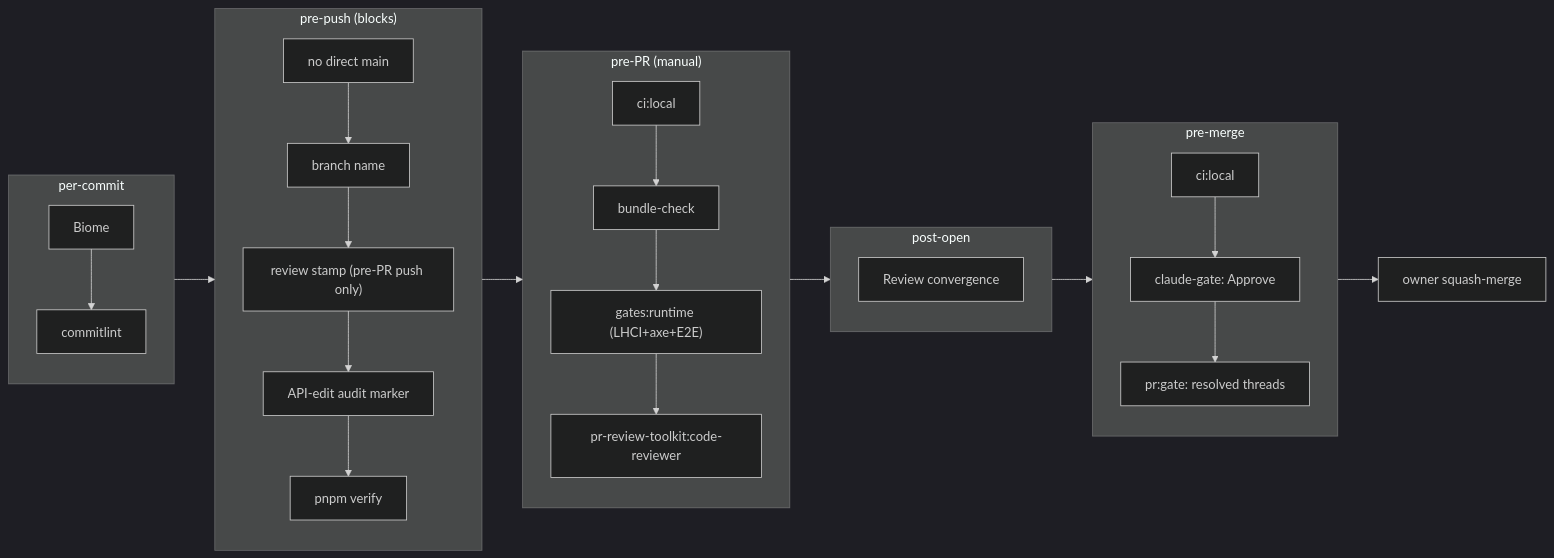
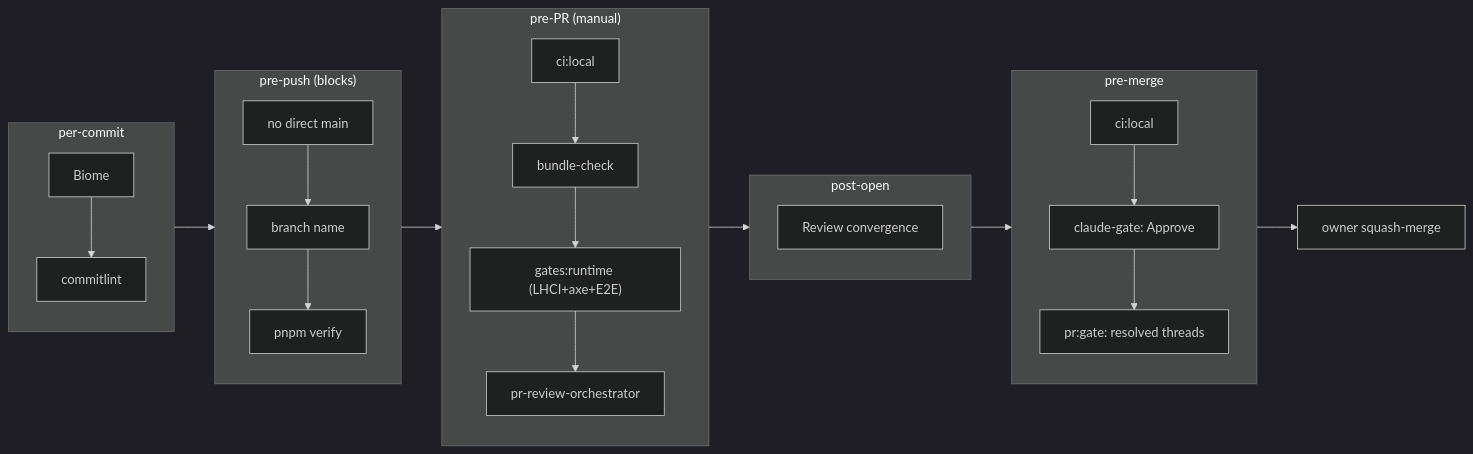
The second of 2 diagrams in docs/handbook/development-lifecycle.md (erikunha/portfolio), drawn with Mermaid (dark theme) before and after one commit. The commit also changed other lines of this file and 32 other files, not shown here.

First line of the commit message:
feat(claude): evidence-first PR review orchestrator, locally and in claude-review (#261)

````diff
--- a/docs/handbook/development-lifecycle.md
+++ b/docs/handbook/development-lifecycle.md
@@ -80,19 +80,19 @@
 ```mermaid
 flowchart LR
     subgraph commit["per-commit"]
         g1["Biome"] --> g2["commitlint"]
     end
     subgraph prepush["pre-push (blocks)"]
-        g3["no direct main"] --> g4["branch name"] --> g5["review stamp (pre-PR push only)"] --> g6["API-edit audit marker"] --> g7["pnpm verify"]
+        g3["no direct main"] --> g4["branch name"] --> g7["pnpm verify"]
     end
     subgraph prepr["pre-PR (manual)"]
-        g8["ci:local"] --> g9["bundle-check"] --> g11["gates:runtime (LHCI+axe+E2E)"] --> g12["pr-review-toolkit:code-reviewer"]
+        g8["ci:local"] --> g9["bundle-check"] --> g11["gates:runtime (LHCI+axe+E2E)"] --> g12["pr-review-orchestrator"]
     end
     subgraph open["post-open"]
         g13["Review convergence"]
     end
     subgraph premerge["pre-merge"]
         g15["ci:local"] --> g17["claude-gate: Approve"] --> g18["pr:gate: resolved threads"]
     end
     commit --> prepush --> prepr --> open --> premerge --> merge["owner squash-merge"]
 ```
````
